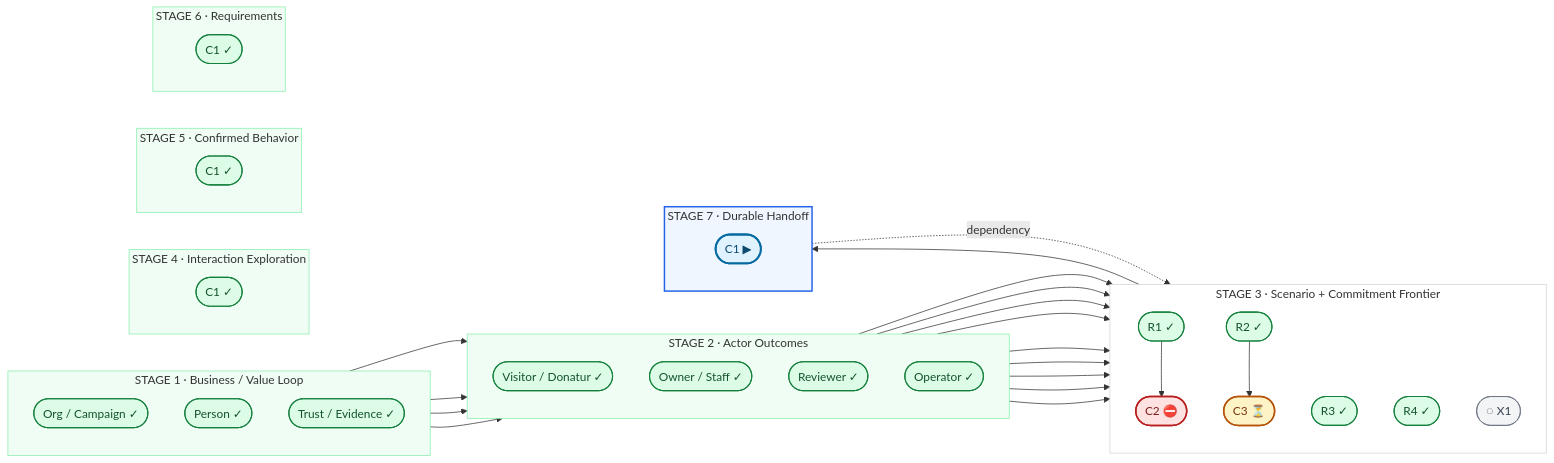
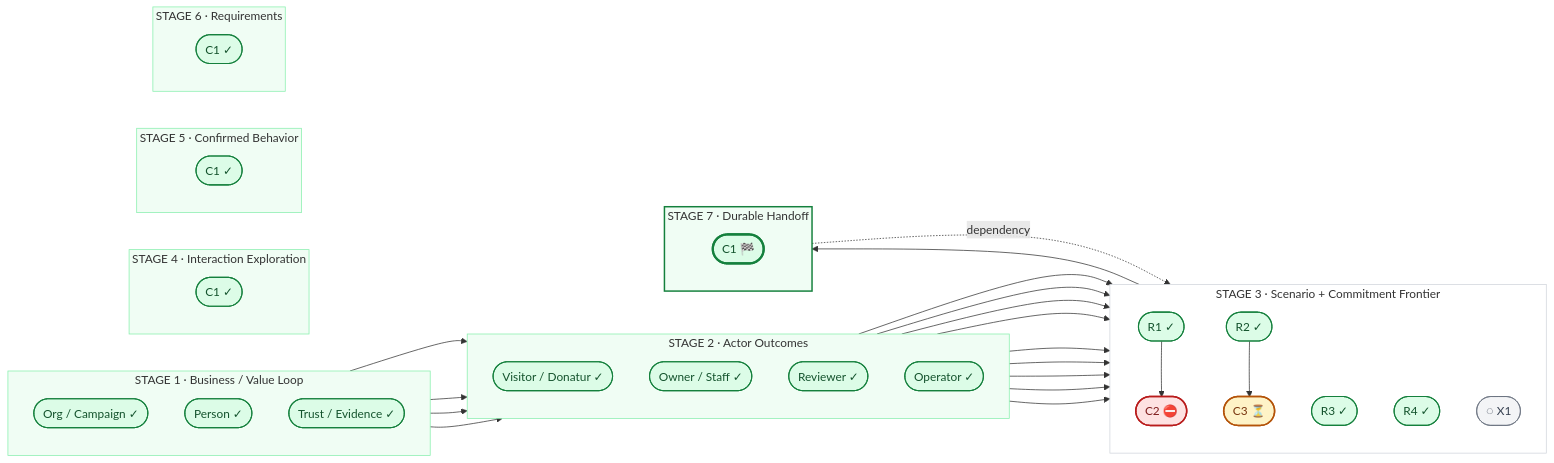
The diagram in docs/product/pilot-3-control-tower.md (anhsbolic/kencleng), drawn with Mermaid before and after one commit. The commit also changed other lines of this file, not shown here.

Commit message:
docs(product): mark C1 pre-engineering route complete

````diff
--- a/docs/product/pilot-3-control-tower.md
+++ b/docs/product/pilot-3-control-tower.md
@@ -64,7 +64,7 @@
 
   subgraph S7["STAGE 7 · Durable Handoff"]
     direction TB
-    C1(["C1 ▶"])
+    C1(["C1 🏁"])
   end
 
   V1 --> A2
@@ -91,6 +91,7 @@
   classDef complete fill:#dcfce7,stroke:#15803d,color:#14532d,stroke-width:1.5px;
   classDef eligible fill:#dbeafe,stroke:#1d4ed8,color:#1e3a8a,stroke-width:2px;
   classDef active fill:#e0f2fe,stroke:#0369a1,color:#0c4a6e,stroke-width:2.5px;
+  classDef routeComplete fill:#dcfce7,stroke:#15803d,color:#14532d,stroke-width:3px;
   classDef blocked fill:#fee2e2,stroke:#b91c1c,color:#7f1d1d,stroke-width:2px;
   classDef waiting fill:#fef3c7,stroke:#b45309,color:#78350f,stroke-width:2px;
   classDef probe fill:#f3f4f6,stroke:#6b7280,color:#374151;
@@ -100,7 +101,7 @@
   class C1S4 complete;
   class C1S5 complete;
   class C1S6 complete;
-  class C1 active;
+  class C1 routeComplete;
   class C2 blocked;
   class C3 waiting;
   class X1 probe;
@@ -112,5 +113,5 @@
   style S4 fill:#f0fdf4,stroke:#86efac,stroke-width:1px
   style S5 fill:#f0fdf4,stroke:#86efac,stroke-width:1px
   style S6 fill:#f0fdf4,stroke:#86efac,stroke-width:1px
-  style S7 fill:#eff6ff,stroke:#2563eb,stroke-width:2px
+  style S7 fill:#f0fdf4,stroke:#15803d,stroke-width:2px
 ```
````
